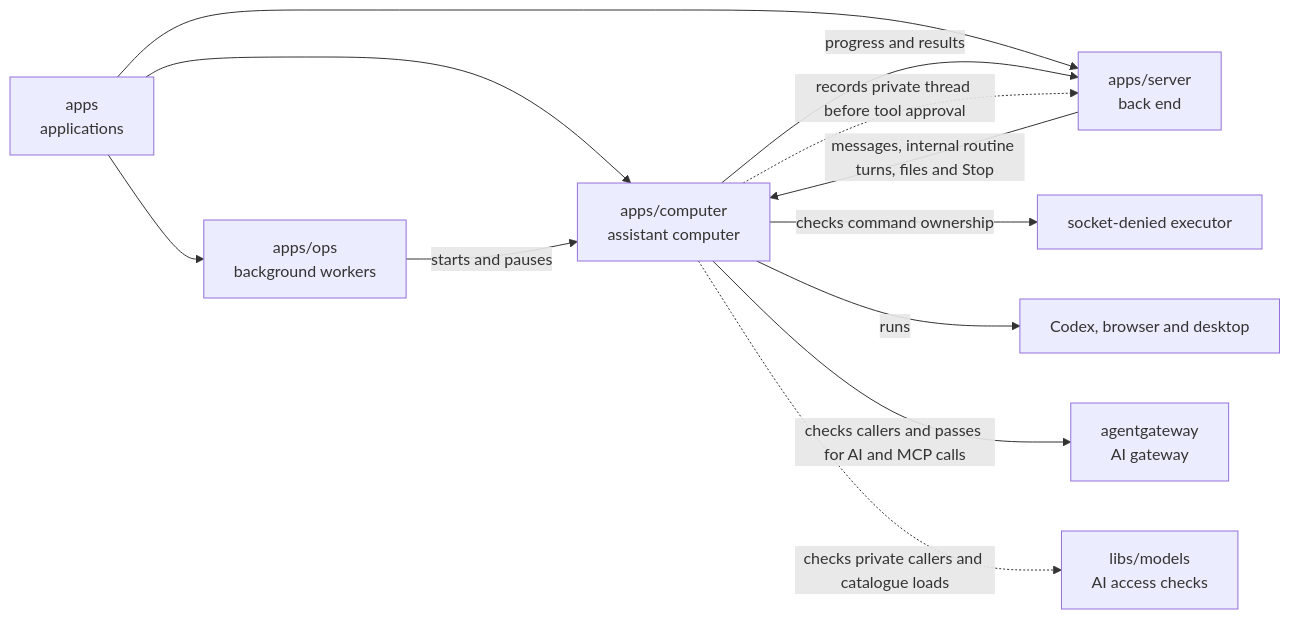
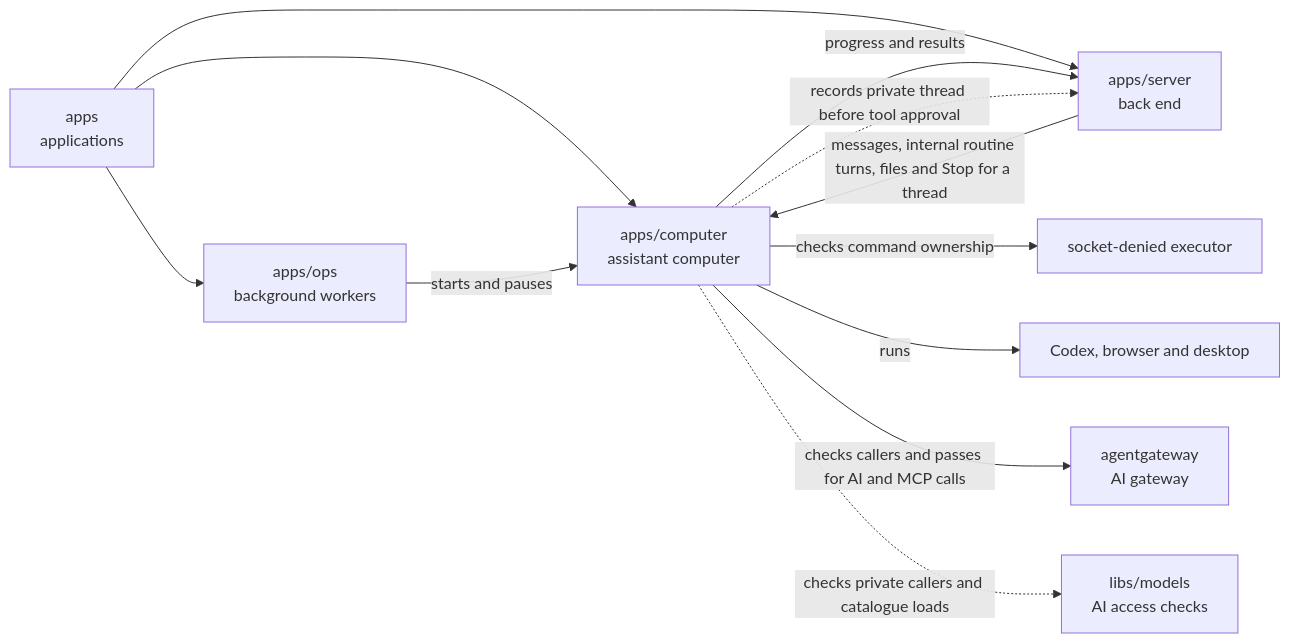
Before and after one commit to elewa-git/opencrane-new: the diagram in apps/computer/README.md, drawn with Mermaid. The commit also changed other lines of this file and 7 other files, not shown here.

````diff
--- a/apps/computer/README.md
+++ b/apps/computer/README.md
@@ -16,14 +16,14 @@
 ```mermaid
 flowchart LR
   apps["apps<br/>applications"] --> computer["apps/computer<br/>assistant computer"]
   apps --> ops["apps/ops<br/>background workers"]
   apps --> server["apps/server<br/>back end"]
   ops -->|starts and pauses| computer
-  server -->|messages, internal routine turns, files and Stop| computer
+  server -->|messages, internal routine turns, files and Stop for a thread| computer
   computer -->|progress and results| server
   computer -.->|records private thread before tool approval| server
   computer -->|checks command ownership| executor["socket-denied executor"]
   computer -->|runs| desktop["Codex, browser and desktop"]
   computer -->|checks callers and passes for AI and MCP calls| gateway["agentgateway<br/>AI gateway"]
   computer -.->|checks private callers and catalogue loads| models["libs/models<br/>AI access checks"]
 ```
````
